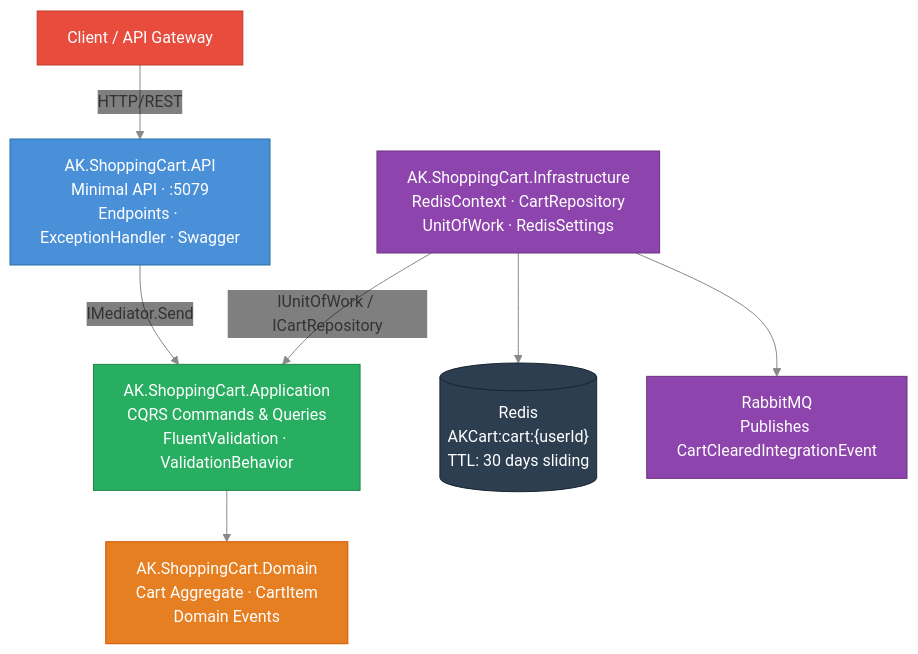
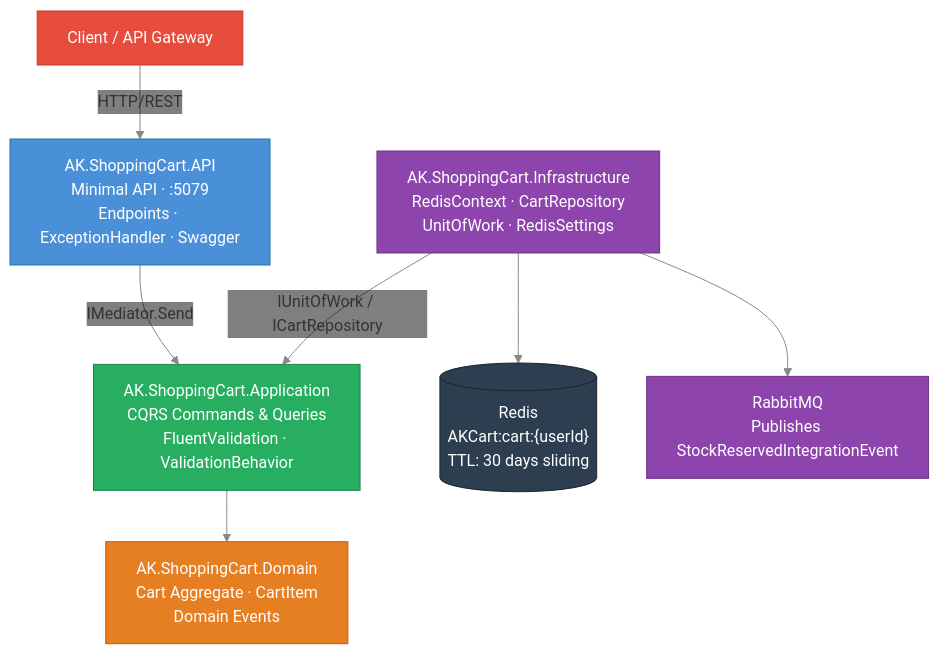
The first of 8 diagrams in AK.ShoppingCart/SHOPPING_CART_TECHNICAL_DESIGN.md (seesathish/AntKart-Src3), drawn with Mermaid before and after one commit. The commit also changed other lines of this file and 38 other files, not shown here.

````diff
--- a/AK.ShoppingCart/SHOPPING_CART_TECHNICAL_DESIGN.md
+++ b/AK.ShoppingCart/SHOPPING_CART_TECHNICAL_DESIGN.md
@@ -104,25 +104,25 @@
 ```mermaid
 %%{init: {'theme': 'base', 'themeVariables': {'lineColor': '#888888', 'edgeLabelBackground': '#00000000'}}}%%
 graph TB
     CLIENT["Client / API Gateway"]:::ext
     API["AK.ShoppingCart.API\nMinimal API · :5079\nEndpoints · ExceptionHandler · Swagger"]:::api
     APP["AK.ShoppingCart.Application\nCQRS Commands & Queries\nFluentValidation · ValidationBehavior"]:::app
     DOMAIN["AK.ShoppingCart.Domain\nCart Aggregate · CartItem\nDomain Events"]:::domain
     INFRA["AK.ShoppingCart.Infrastructure\nRedisContext · CartRepository\nUnitOfWork · RedisSettings"]:::infra
     REDIS[("Redis\nAKCart:cart:{userId}\nTTL: 30 days sliding")]:::db
-    MQ["RabbitMQ\nPublishes CartClearedIntegrationEvent"]:::infra
+    MQ["RabbitMQ\nPublishes StockReservedIntegrationEvent"]:::infra
 
     CLIENT -->|HTTP/REST| API
     API -->|IMediator.Send| APP
     APP --> DOMAIN
     INFRA -->|IUnitOfWork / ICartRepository| APP
     INFRA --> REDIS
     INFRA --> MQ
 
     classDef api fill:#4A90D9,stroke:#2471A3,color:#fff
     classDef app fill:#27AE60,stroke:#1E8449,color:#fff
     classDef domain fill:#E67E22,stroke:#D35400,color:#fff
     classDef infra fill:#8E44AD,stroke:#6C3483,color:#fff
     classDef db fill:#2C3E50,stroke:#1A252F,color:#fff
     classDef ext fill:#E74C3C,stroke:#C0392B,color:#fff
 ```
````
